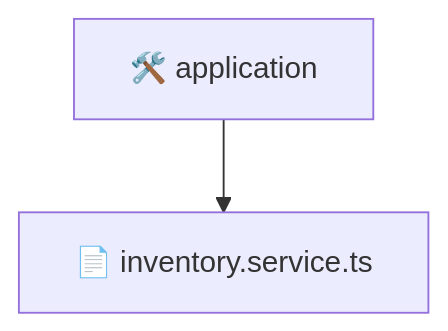
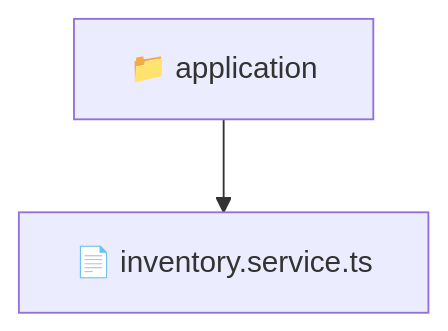
Before and after one commit to beginwebdev2002/fullstack-mavluda: the diagram in backend/src/modules/inventory/application/README.md, drawn with Mermaid. The commit also changed other lines of this file and 159 other files, not shown here.

````diff
--- a/backend/src/modules/inventory/application/README.md
+++ b/backend/src/modules/inventory/application/README.md
@@ -11,5 +9,5 @@
 ```mermaid
 graph TD
-  application["🛠️ application"]
-  application --> application_inventory_service_ts["📄 inventory.service.ts"]
+  Root["📁 application"]
+  Root --> inventory_service_ts["📄 inventory.service.ts"]
 ```
````
